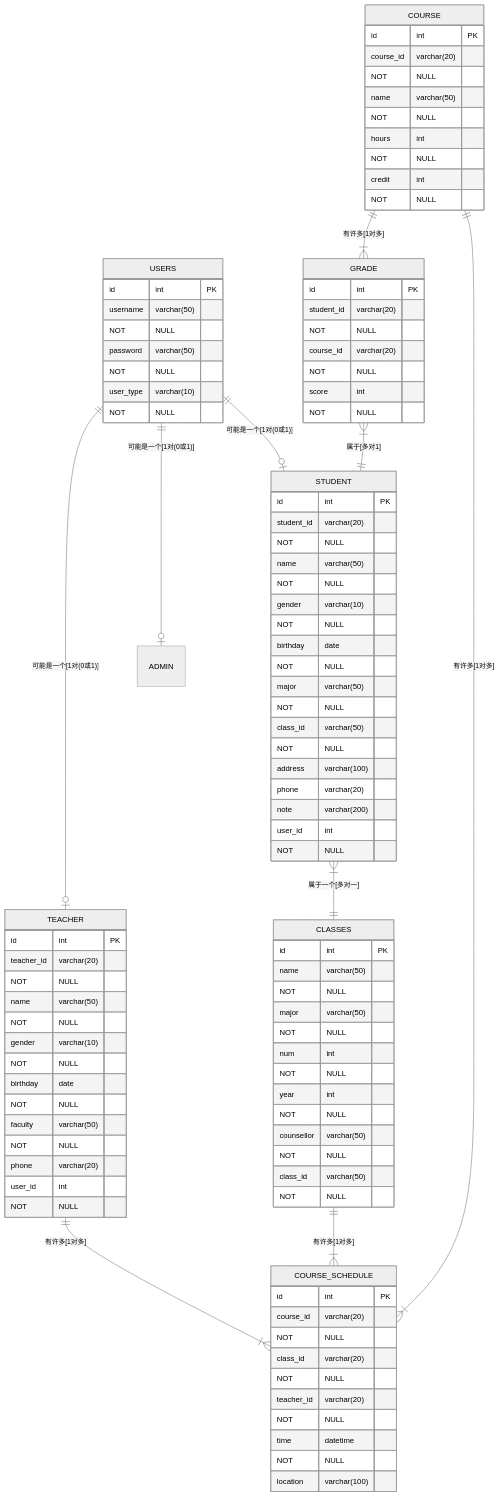
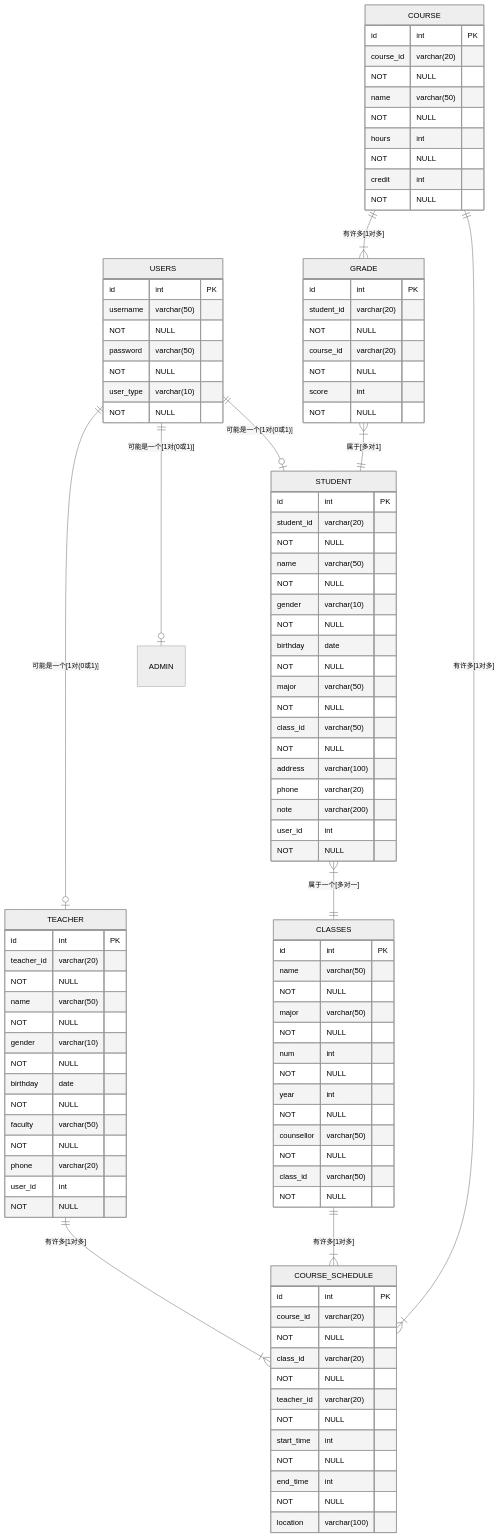
One commit to w17601402786/springmvc_ssm changed the diagram in 项目设计文档.md. Above: the diagram before and after it, drawn with Mermaid (neutral theme). The commit also changed other lines of this file and 1 other file, not shown here.

Commit message:
更新课程表的结构，现在表示为课程开始节次和结束节次

````diff
--- a/项目设计文档.md
+++ b/项目设计文档.md
@@ -90,77 +90,77 @@
 ```mermaid
-
-
 erDiagram
 	TEACHER {
         id int PK
         teacher_id varchar(20) NOT NULL
         name varchar(50) NOT NULL
         gender varchar(10) NOT NULL
         birthday date NOT NULL
         faculty varchar(50) NOT NULL
         phone varchar(20)
         user_id int NOT NULL
     }
     USERS {
         id int PK
         username varchar(50) NOT NULL
         password varchar(50) NOT NULL
         user_type varchar(10) NOT NULL
     }
     STUDENT {
         id int PK
         student_id varchar(20) NOT NULL
         name varchar(50) NOT NULL
         gender varchar(10) NOT NULL
         birthday date NOT NULL
         major varchar(50) NOT NULL
         class_id varchar(50) NOT NULL
         address varchar(100)
         phone varchar(20)
         note varchar(200)
         user_id int NOT NULL
     }
     
     CLASSES {
         id int PK
         name varchar(50) NOT NULL
         major varchar(50) NOT NULL
         num int NOT NULL
         year int NOT NULL
         counsellor varchar(50) NOT NULL
         class_id varchar(50) NOT NULL
     }
     COURSE {
         id int PK
         course_id varchar(20) NOT NULL
         name varchar(50) NOT NULL
         hours int NOT NULL
         credit int NOT NULL
     }
     COURSE_SCHEDULE {
         id int PK
         course_id varchar(20) NOT NULL
         class_id varchar(20) NOT NULL
         teacher_id varchar(20) NOT NULL
-        time datetime NOT NULL
+        start_time int NOT NULL
+        end_time int NOT NULL
         location varchar(100)
     }
     GRADE {
         id int PK
         student_id varchar(20) NOT NULL
         course_id varchar(20) NOT NULL
         score int NOT NULL
     } 
     
     
     TEACHER ||--|{ COURSE_SCHEDULE : "有许多[1对多]"
     USERS ||--o| TEACHER : "可能是一个[1对(0或1)]"
     USERS ||--o| STUDENT : "可能是一个[1对(0或1)]"
     USERS ||--o| ADMIN : "可能是一个[1对(0或1)]"
     STUDENT }|--|| CLASSES : "属于一个[多对一]"
     CLASSES ||--|{ COURSE_SCHEDULE : "有许多[1对多]"
     COURSE ||--|{ COURSE_SCHEDULE : "有许多[1对多]"
     COURSE ||--|{ GRADE : "有许多[1对多]"
     GRADE }|--|| STUDENT : "属于[多对1]"
-    
+
+
 ```
````
